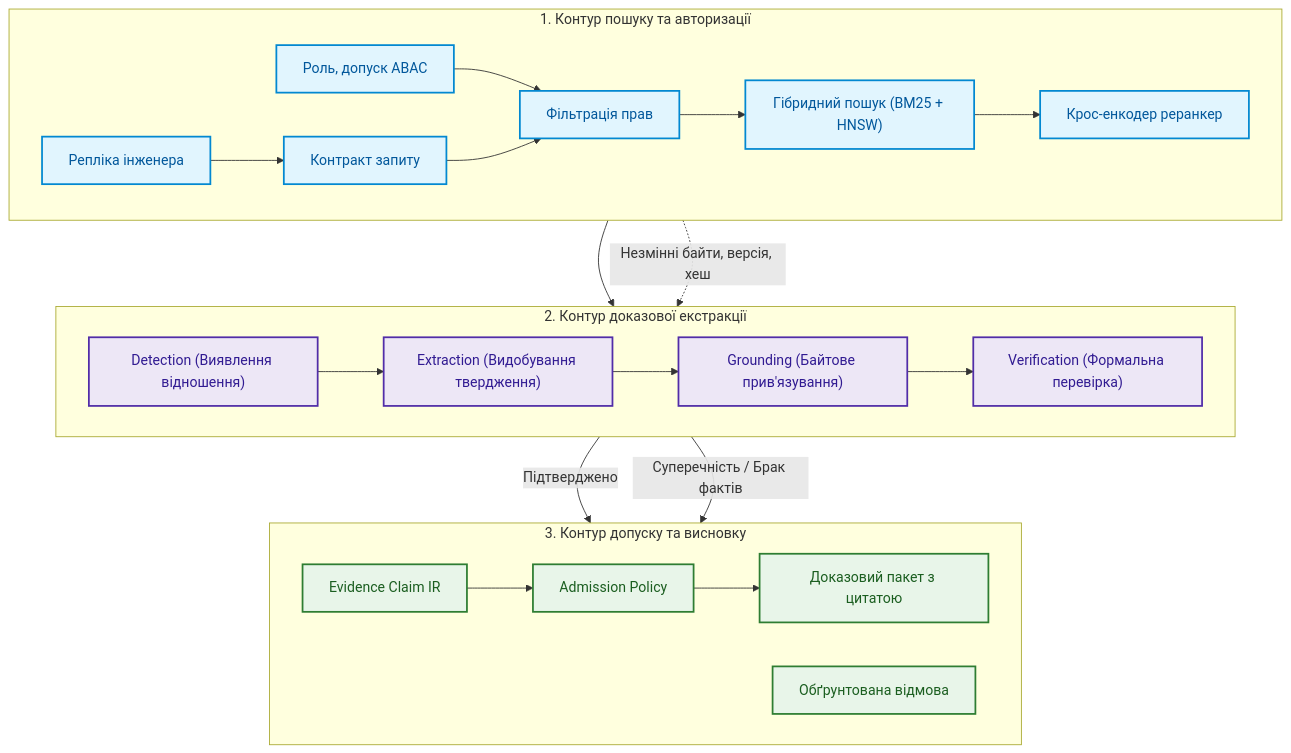
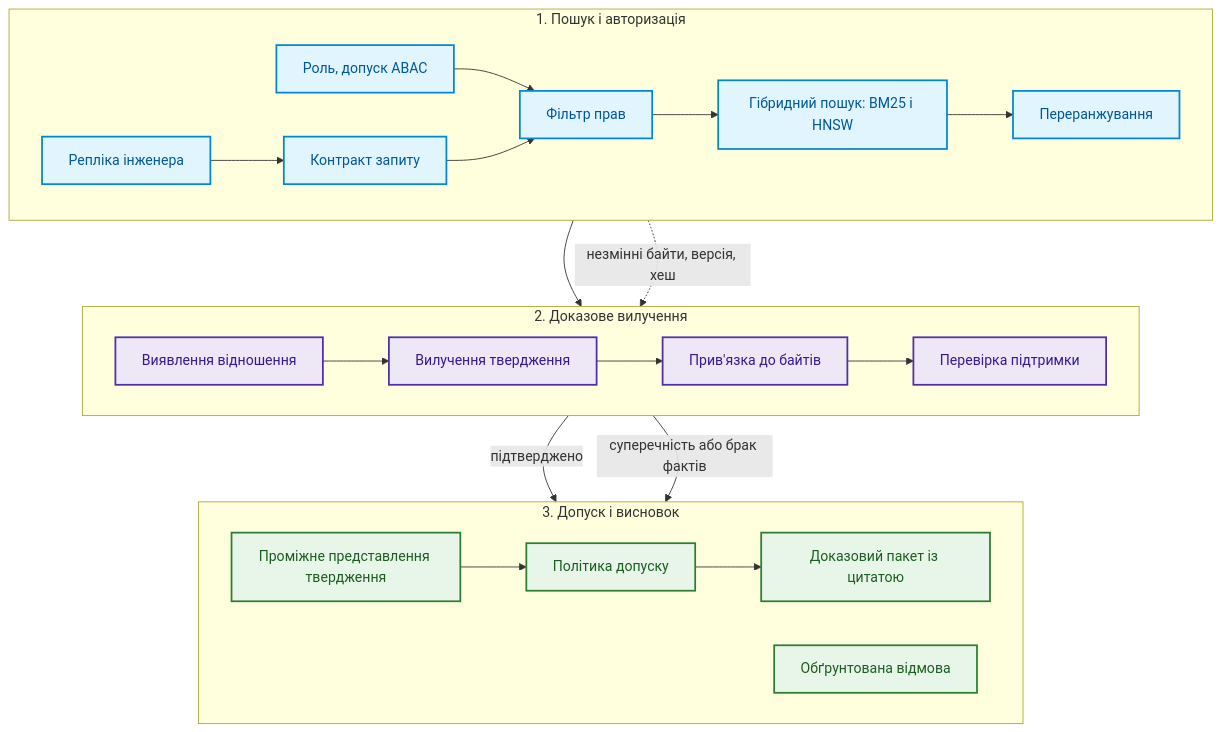
Before and after one commit to nick-fedchik/articles: the third of 7 diagrams in ExpertSystem/ch19-from-question-to-evidence.md, drawn with Mermaid. The commit also changed other lines of this file, not shown here.

````diff
--- a/ExpertSystem/ch19-from-question-to-evidence.md
+++ b/ExpertSystem/ch19-from-question-to-evidence.md
@@ -145,37 +138,37 @@
 ```mermaid
 flowchart TB
-    accTitle: Повний конвеєр обробки запиту від входу до висновку
-    accDescr: Деталізований шлях обробки запиту через контракт, перевірку доступу, пошук, екстракцію та верифікацію.
+    accTitle: Конвеєр обробки запиту від репліки до висновку
+    accDescr: Репліка перетворюється на контракт, проходить фільтр прав і гібридний пошук, потім виявлення, вилучення, прив'язку й перевірку, а результат іде на допуск або до відмови.
 
-    subgraph RetrievalFlow["1. Контур пошуку та авторизації"]
+    subgraph RetrievalFlow["1. Пошук і авторизація"]
         direction LR
         Q["Репліка інженера"] --> QC["Контракт запиту"]
-        ID["Роль, допуск ABAC"] --> ACL["Фільтрація прав"]
-        QC --> ACL --> RET["Гібридний пошук (BM25 + HNSW)"] --> RR["Крос-енкодер реранкер"]
+        ID["Роль, допуск ABAC"] --> ACL["Фільтр прав"]
+        QC --> ACL --> RET["Гібридний пошук: BM25 і HNSW"] --> RR["Переранжування"]
     end
 
-    subgraph ExtractionFlow["2. Контур доказової екстракції"]
+    subgraph ExtractionFlow["2. Доказове вилучення"]
         direction LR
-        DET["Detection (Виявлення відношення)"] --> EXT["Extraction (Видобування твердження)"]
-        EXT --> GR["Grounding (Байтове прив'язування)"]
-        GR --> VER["Verification (Формальна перевірка)"]
+        DET["Виявлення відношення"] --> EXT["Вилучення твердження"]
+        EXT --> GR["Прив'язка до байтів"]
+        GR --> VER["Перевірка підтримки"]
     end
 
-    subgraph DecisionFlow["3. Контур допуску та висновку"]
+    subgraph DecisionFlow["3. Допуск і висновок"]
         direction LR
-        VER -->|Підтверджено| IR["Evidence Claim IR"] --> ADM["Admission Policy"]
-        ADM --> PROOF["Доказовий пакет з цитатою"]
-        VER -->|Суперечність / Брак фактів| REF["Обґрунтована відмова"]
+        VER -->|підтверджено| IR["Проміжне представлення твердження"] --> ADM["Політика допуску"]
+        ADM --> PROOF["Доказовий пакет із цитатою"]
+        VER -->|суперечність або брак фактів| REF["Обґрунтована відмова"]
     end
 
     RR --> DET
-    RET -. "Незмінні байти, версія, хеш" .-> GR
+    RET -. "незмінні байти, версія, хеш" .-> GR
 
     classDef retr fill:#e1f5fe,stroke:#0288d1,stroke-width:2px,color:#01579b;
     classDef extr fill:#ede7f6,stroke:#512da8,stroke-width:2px,color:#311b92;
     classDef dec fill:#e8f5e9,stroke:#2e7d32,stroke-width:2px,color:#1b5e20;
 
     class Q,QC,ID,ACL,RET,RR retr;
     class DET,EXT,GR,VER extr;
     class IR,ADM,PROOF,REF dec;
 ```
````
